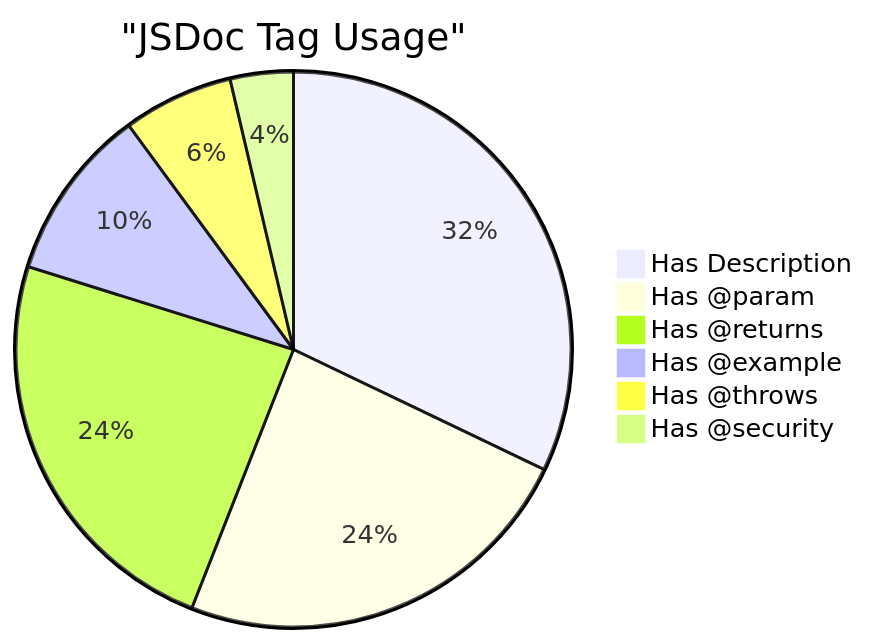
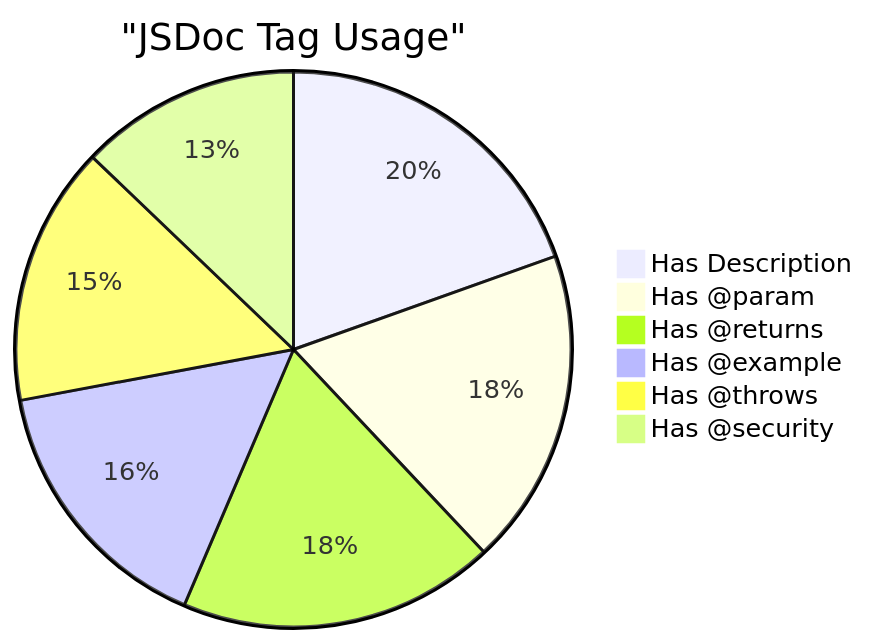
The second of 3 diagrams in api/media/JSDOC_COVERAGE_VISUALIZATION.md (Hack23/European-Parliament-MCP-Server), drawn with Mermaid before and after one commit. The commit also changed other lines of this file and 1192 other files, not shown here.

````diff
--- a/api/media/JSDOC_COVERAGE_VISUALIZATION.md
+++ b/api/media/JSDOC_COVERAGE_VISUALIZATION.md
@@ -131,9 +152,9 @@
 ```mermaid
 pie title "JSDoc Tag Usage"
     "Has Description" : 35
-    "Has @param" : 26
-    "Has @returns" : 26
-    "Has @example" : 11
-    "Has @throws" : 7
-    "Has @security" : 4
+    "Has @param" : 33
+    "Has @returns" : 33
+    "Has @example" : 28
+    "Has @throws" : 27
+    "Has @security" : 23
 ```
````
